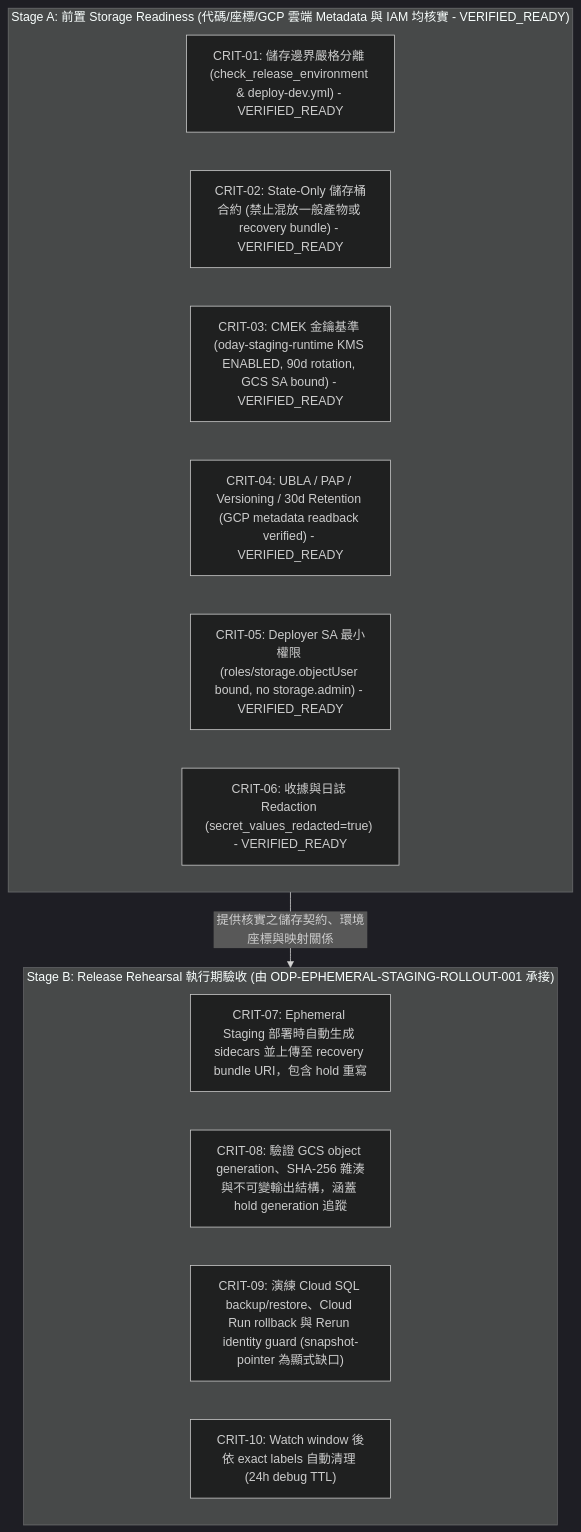
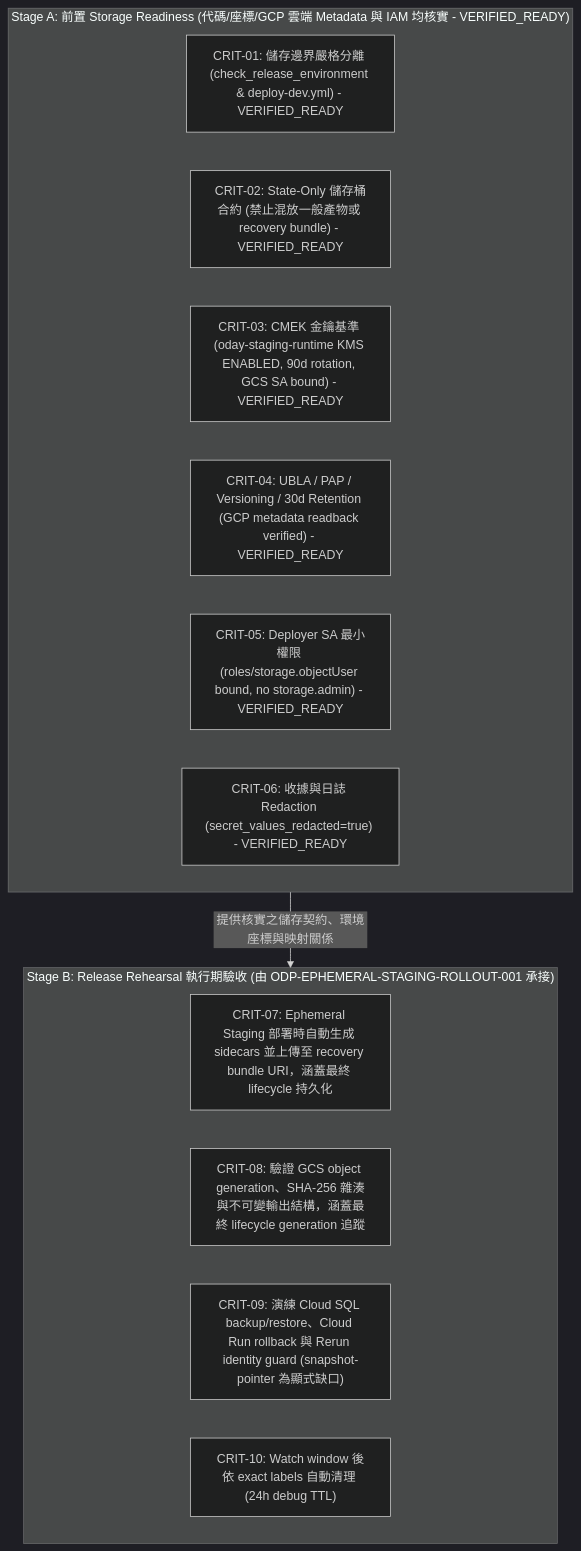
One commit to alfloop-dev/odayplus changed the diagram in docs/evidence/runtime/ODP-STAGING-RECOVERY-STORAGE-ACCEPTANCE-001/README.md. Above: the diagram before and after it, drawn with Mermaid (dark theme). The commit also changed other lines of this file and 2 other files, not shown here.

First line of the commit message:
ODP-STAGING-RECOVERY-STORAGE-ACCEPTANCE-001: 補正 Stage B 程序規範與收據去敏審計

````diff
--- a/docs/evidence/runtime/ODP-STAGING-RECOVERY-STORAGE-ACCEPTANCE-001/README.md
+++ b/docs/evidence/runtime/ODP-STAGING-RECOVERY-STORAGE-ACCEPTANCE-001/README.md
@@ -199,20 +199,20 @@
 ```mermaid
 flowchart TD
     subgraph STAGE_A["Stage A: 前置 Storage Readiness (代碼/座標/GCP 雲端 Metadata 與 IAM 均核實 - VERIFIED_READY)"]
         A1["CRIT-01: 儲存邊界嚴格分離 (check_release_environment & deploy-dev.yml) - VERIFIED_READY"]
         A2["CRIT-02: State-Only 儲存桶合約 (禁止混放一般產物或 recovery bundle) - VERIFIED_READY"]
         A3["CRIT-03: CMEK 金鑰基準 (oday-staging-runtime KMS ENABLED, 90d rotation, GCS SA bound) - VERIFIED_READY"]
         A4["CRIT-04: UBLA / PAP / Versioning / 30d Retention (GCP metadata readback verified) - VERIFIED_READY"]
         A5["CRIT-05: Deployer SA 最小權限 (roles/storage.objectUser bound, no storage.admin) - VERIFIED_READY"]
         A6["CRIT-06: 收據與日誌 Redaction (secret_values_redacted=true) - VERIFIED_READY"]
     end
 
     subgraph STAGE_B["Stage B: Release Rehearsal 執行期驗收 (由 ODP-EPHEMERAL-STAGING-ROLLOUT-001 承接)"]
-        B1["CRIT-07: Ephemeral Staging 部署時自動生成 sidecars 並上傳至 recovery bundle URI，包含 hold 重寫"]
-        B2["CRIT-08: 驗證 GCS object generation、SHA-256 雜湊與不可變輸出結構，涵蓋 hold generation 追蹤"]
+        B1["CRIT-07: Ephemeral Staging 部署時自動生成 sidecars 並上傳至 recovery bundle URI，涵蓋最終 lifecycle 持久化"]
+        B2["CRIT-08: 驗證 GCS object generation、SHA-256 雜湊與不可變輸出結構，涵蓋最終 lifecycle generation 追蹤"]
         B3["CRIT-09: 演練 Cloud SQL backup/restore、Cloud Run rollback 與 Rerun identity guard (snapshot-pointer 為顯式缺口)"]
         B4["CRIT-10: Watch window 後依 exact labels 自動清理 (24h debug TTL)"]
     end
 
     STAGE_A -->|提供核實之儲存契約、環境座標與映射關係| STAGE_B
 ```
````
